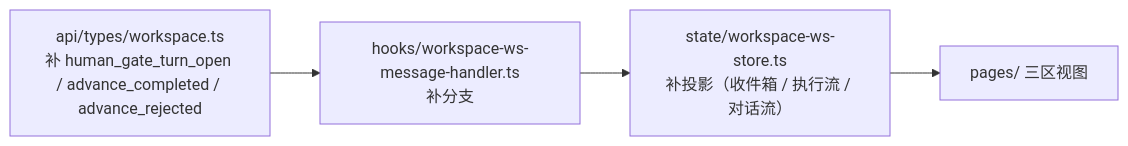
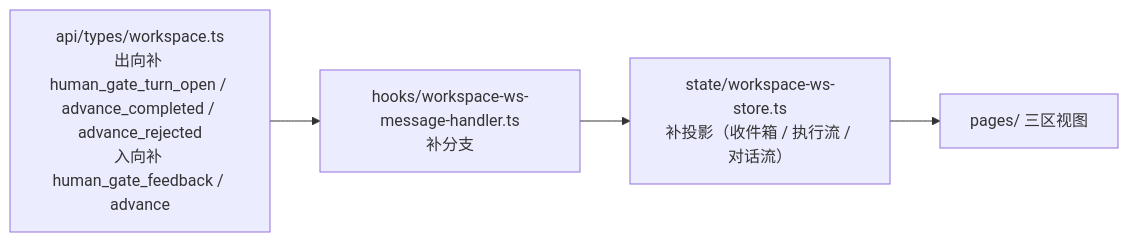
Before and after one commit to michaelChe956/cadence-aria: the second of 3 diagrams in cadence/designs/2026-09-13_设计文档_3.7UIUX自动执行驾驶舱_v1.0.md, drawn with Mermaid. The commit also changed other lines of this file, not shown here.

````diff
--- a/cadence/designs/2026-09-13_设计文档_3.7UIUX自动执行驾驶舱_v1.0.md
+++ b/cadence/designs/2026-09-13_设计文档_3.7UIUX自动执行驾驶舱_v1.0.md
@@ -323,6 +356,6 @@
 ```mermaid
 flowchart LR
-  T["api/types/workspace.ts<br/>补 human_gate_turn_open / advance_completed / advance_rejected"] --> H["hooks/workspace-ws-message-handler.ts<br/>补分支"]
+  T["api/types/workspace.ts<br/>出向补 human_gate_turn_open / advance_completed / advance_rejected<br/>入向补 human_gate_feedback / advance"] --> H["hooks/workspace-ws-message-handler.ts<br/>补分支"]
   H --> S["state/workspace-ws-store.ts<br/>补投影（收件箱 / 执行流 / 对话流）"]
   S --> V["pages/ 三区视图"]
 ```
````
